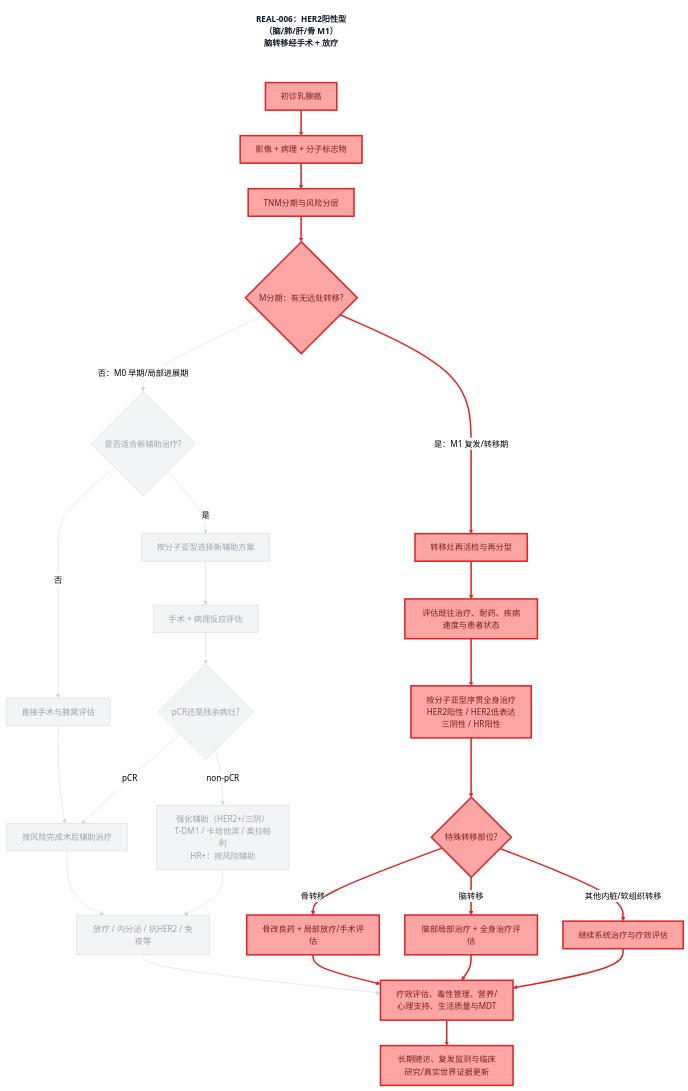
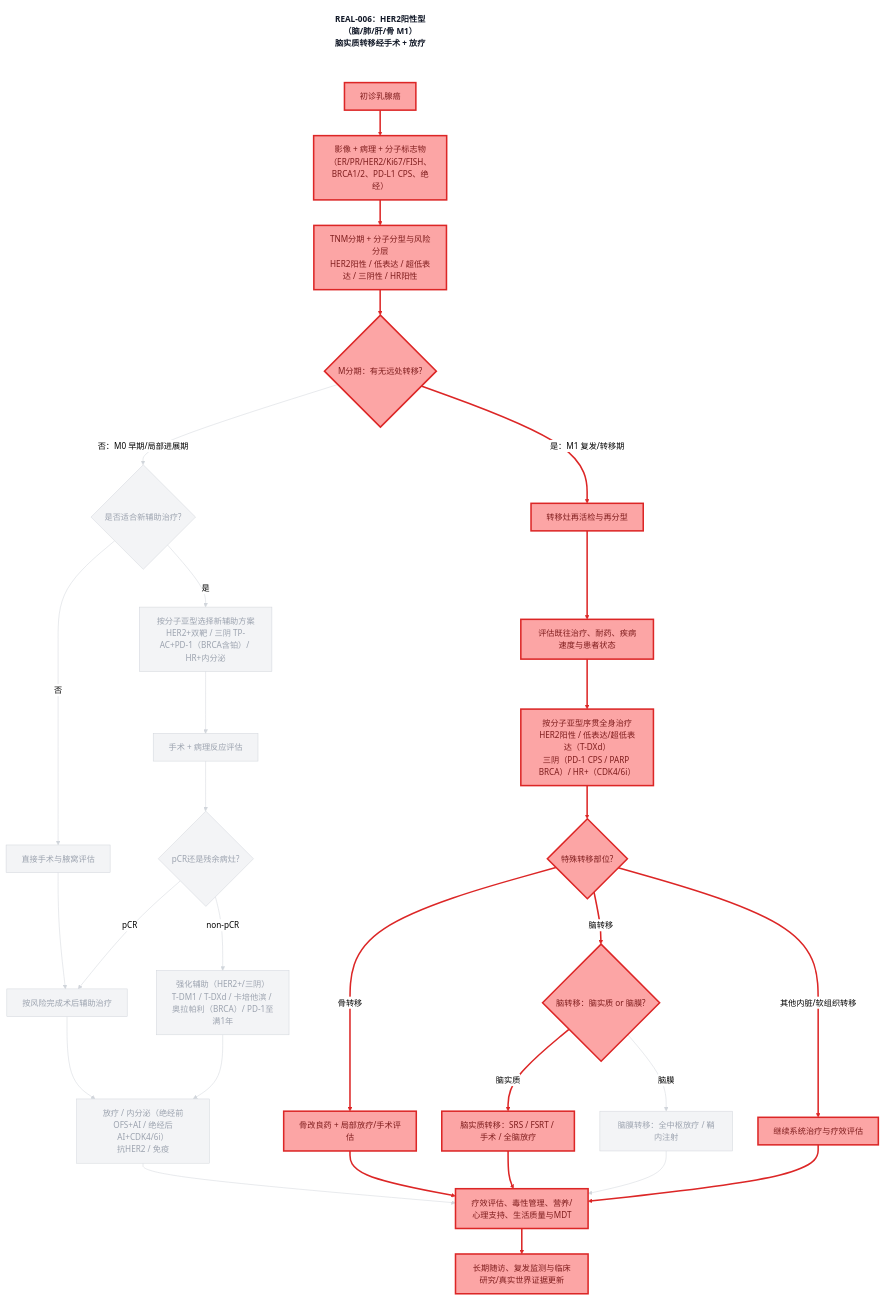
One commit to dongjb741280/breast-cancer changed the diagram in diagrams/decision-chain-REAL-006.mmd. Above: the diagram before and after it, drawn with Mermaid (neutral theme). The commit also changed 24 other files, not shown here.

```diff
--- a/diagrams/decision-chain-REAL-006.mmd
+++ b/diagrams/decision-chain-REAL-006.mmd
@@ -1,99 +1,109 @@
 graph TD
-    TITLE["REAL-006：HER2阳性型（脑/肺/肝/骨 M1）<br/>脑转移经手术 + 放疗"]
+    TITLE["REAL-006：HER2阳性型（脑/肺/肝/骨 M1）<br/>脑实质转移经手术 + 放疗"]
     A[初诊乳腺癌]
-    B[影像 + 病理 + 分子标志物]
-    C[TNM分期与风险分层]
+    B[影像 + 病理 + 分子标志物<br/>（ER/PR/HER2/Ki67/FISH、BRCA1/2、PD-L1 CPS、绝经）]
+    C[TNM分期 + 分子分型与风险分层<br/>HER2阳性 / 低表达 / 超低表达 / 三阴性 / HR阳性]
     D{M分期：有无远处转移?}
     E{是否适合新辅助治疗?}
-    F[按分子亚型选择新辅助方案]
+    F[按分子亚型选择新辅助方案<br/>HER2+双靶 / 三阴 TP-AC+PD-1（BRCA含铂）/ HR+内分泌]
     G[直接手术与腋窝评估]
     H[手术 + 病理反应评估]
     I{pCR还是残余病灶?}
     J[按风险完成术后辅助治疗]
-    K[强化辅助（HER2+/三阴）<br/>T-DM1 / 卡培他滨 / 奥拉帕利<br/>HR+：按风险辅助]
-    L[放疗 / 内分泌 / 抗HER2 / 免疫等]
+    K[强化辅助（HER2+/三阴）<br/>T-DM1 / T-DXd / 卡培他滨 / 奥拉帕利（BRCA）/ PD-1至满1年]
+    L[放疗 / 内分泌（绝经前OFS+AI / 绝经后AI+CDK4/6i）<br/>抗HER2 / 免疫]
     M[转移灶再活检与再分型]
     N[评估既往治疗、耐药、疾病速度与患者状态]
-    O[按分子亚型序贯全身治疗<br/>HER2阳性 / HER2低表达<br/>三阴性 / HR阳性]
+    O[按分子亚型序贯全身治疗<br/>HER2阳性 / 低表达/超低表达（T-DXd）<br/>三阴（PD-1 CPS / PARP BRCA）/ HR+（CDK4/6i）]
     P{特殊转移部位?}
     Q[骨改良药 + 局部放疗/手术评估]
-    R[脑部局部治疗 + 全身治疗评估]
+    R{脑转移：脑实质 or 脑膜?}
+    R1[脑实质转移：SRS / FSRT / 手术 / 全脑放疗]
+    R2[脑膜转移：全中枢放疗 / 鞘内注射]
     S[继续系统治疗与疗效评估]
     T[疗效评估、毒性管理、营养/心理支持、生活质量与MDT]
     U[长期随访、复发监测与临床研究/真实世界证据更新]
     A --> B
     B --> C
     C --> D
     D -->|否：M0 早期/局部进展期| E
     E -->|是| F
     E -->|否| G
     F --> H
     G --> J
     H --> I
     I -->|pCR| J
     I -->|non-pCR| K
     J --> L
     K --> L
     D -->|是：M1 复发/转移期| M
     M --> N
     N --> O
     O --> P
     P -->|骨转移| Q
     P -->|脑转移| R
     P -->|其他内脏/软组织转移| S
+    R -->|脑实质| R1
+    R -->|脑膜| R2
     L --> T
     Q --> T
-    R --> T
+    R1 --> T
+    R2 --> T
     S --> T
     T --> U
     TITLE ~~~ A
     classDef path fill:#fca5a5,stroke:#dc2626,color:#7f1d1d,stroke-width:3px;
     classDef dim fill:#f3f4f6,stroke:#d1d5db,color:#9ca3af,stroke-width:1px;
     classDef caption fill:#fff,stroke:none,color:#111827,font-weight:bold;
     class TITLE caption;
     class A path;
     class B path;
     class C path;
     class D path;
     class E dim;
     class F dim;
     class G dim;
     class H dim;
     class I dim;
     class J dim;
     class K dim;
     class L dim;
     class M path;
     class N path;
     class O path;
     class P path;
     class Q path;
     class R path;
+    class R1 path;
+    class R2 dim;
     class S path;
     class T path;
     class U path;
     linkStyle 0 stroke:#dc2626,stroke-width:3px;
     linkStyle 1 stroke:#dc2626,stroke-width:3px;
     linkStyle 2 stroke:#dc2626,stroke-width:3px;
     linkStyle 3 stroke:#d1d5db,stroke-width:1px;
     linkStyle 4 stroke:#d1d5db,stroke-width:1px;
     linkStyle 5 stroke:#d1d5db,stroke-width:1px;
     linkStyle 6 stroke:#d1d5db,stroke-width:1px;
     linkStyle 7 stroke:#d1d5db,stroke-width:1px;
     linkStyle 8 stroke:#d1d5db,stroke-width:1px;
     linkStyle 9 stroke:#d1d5db,stroke-width:1px;
     linkStyle 10 stroke:#d1d5db,stroke-width:1px;
     linkStyle 11 stroke:#d1d5db,stroke-width:1px;
     linkStyle 12 stroke:#d1d5db,stroke-width:1px;
     linkStyle 13 stroke:#dc2626,stroke-width:3px;
     linkStyle 14 stroke:#dc2626,stroke-width:3px;
     linkStyle 15 stroke:#dc2626,stroke-width:3px;
     linkStyle 16 stroke:#dc2626,stroke-width:3px;
     linkStyle 17 stroke:#dc2626,stroke-width:3px;
     linkStyle 18 stroke:#dc2626,stroke-width:3px;
     linkStyle 19 stroke:#dc2626,stroke-width:3px;
-    linkStyle 20 stroke:#d1d5db,stroke-width:1px;
-    linkStyle 21 stroke:#dc2626,stroke-width:3px;
-    linkStyle 22 stroke:#dc2626,stroke-width:3px;
+    linkStyle 20 stroke:#dc2626,stroke-width:3px;
+    linkStyle 21 stroke:#d1d5db,stroke-width:1px;
+    linkStyle 22 stroke:#d1d5db,stroke-width:1px;
     linkStyle 23 stroke:#dc2626,stroke-width:3px;
     linkStyle 24 stroke:#dc2626,stroke-width:3px;
+    linkStyle 25 stroke:#d1d5db,stroke-width:1px;
+    linkStyle 26 stroke:#dc2626,stroke-width:3px;
+    linkStyle 27 stroke:#dc2626,stroke-width:3px;
```
